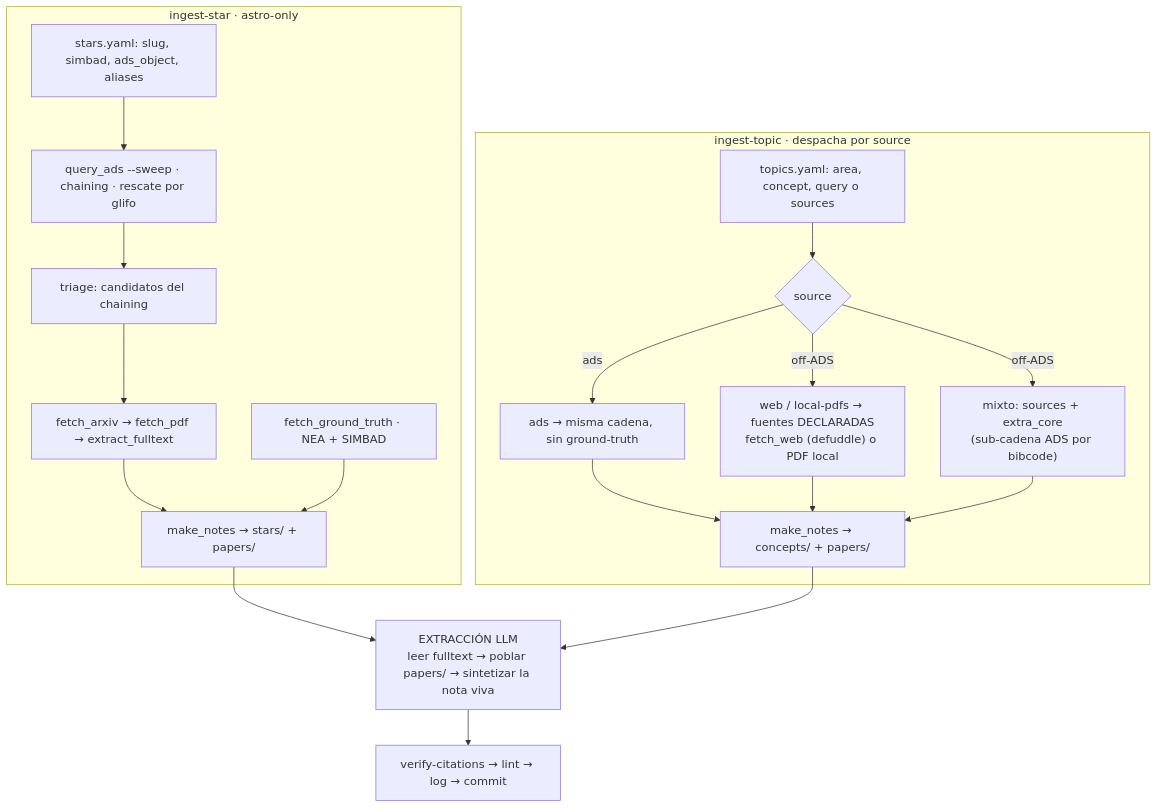
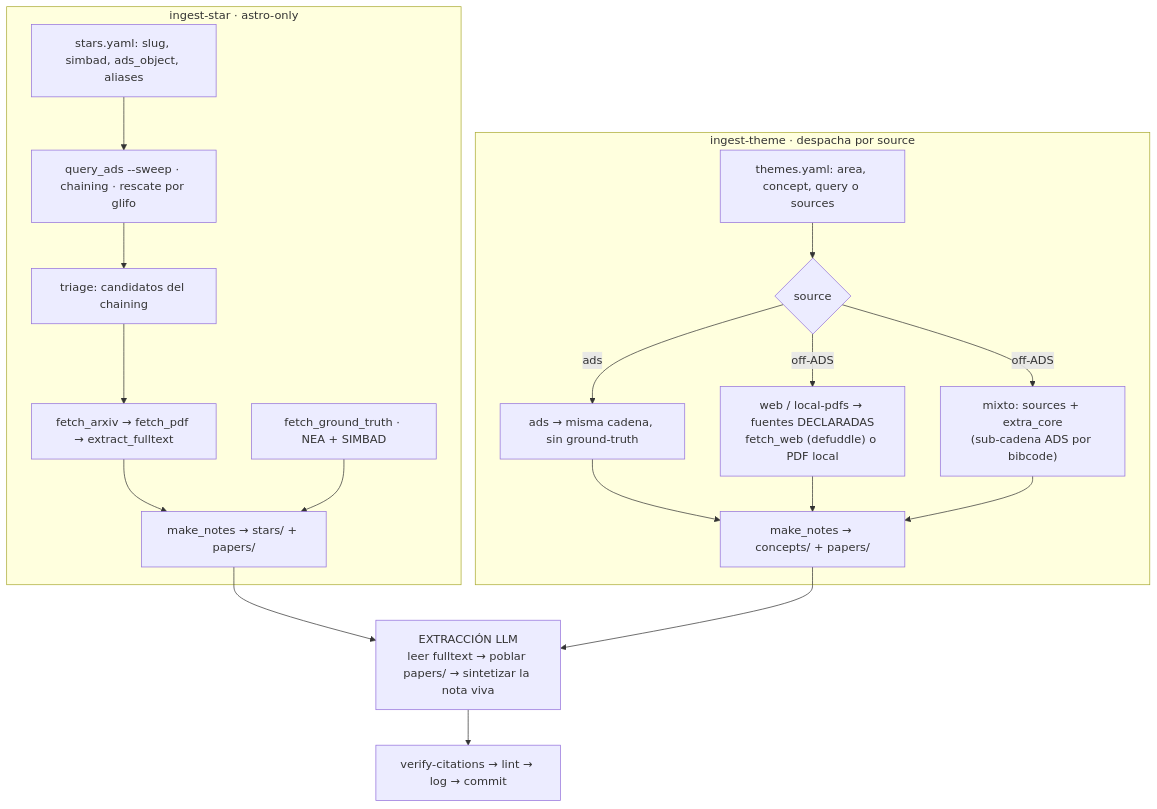
Before and after one commit to nicklessagus/Almagesto: the first of 2 diagrams in docs/ingesta.md, drawn with Mermaid. The commit also changed other lines of this file and 61 other files, not shown here.

````diff
--- a/docs/ingesta.md
+++ b/docs/ingesta.md
@@ -99,30 +99,30 @@
 ```mermaid
 flowchart TD
     subgraph S["ingest-star · astro-only"]
         S1[stars.yaml: slug, simbad, ads_object, aliases]
         S2["query_ads --sweep · chaining · rescate por glifo"]
         S3[triage: candidatos del chaining]
         S4["fetch_arxiv → fetch_pdf → extract_fulltext"]
         S5["fetch_ground_truth · NEA + SIMBAD"]
         S6[make_notes → stars/ + papers/]
         S1 --> S2 --> S3 --> S4 --> S6
         S5 --> S6
     end
 
-    subgraph T["ingest-topic · despacha por source"]
-        T1[topics.yaml: area, concept, query o sources]
+    subgraph T["ingest-theme · despacha por source"]
+        T1[themes.yaml: area, concept, query o sources]
         T2{source}
         T3["ads → misma cadena, sin ground-truth"]
         T4["web / local-pdfs → fuentes DECLARADAS<br/>fetch_web (defuddle) o PDF local"]
         T5["mixto: sources + extra_core<br/>(sub-cadena ADS por bibcode)"]
         T6[make_notes → concepts/ + papers/]
         T1 --> T2
         T2 -->|ads| T3 --> T6
         T2 -->|off-ADS| T4 --> T6
         T2 -->|off-ADS| T5 --> T6
     end
 
     S6 --> L["EXTRACCIÓN LLM<br/>leer fulltext → poblar papers/ → sintetizar la nota viva"]
     T6 --> L
     L --> V["verify-citations → lint → log → commit"]
 ```
````
